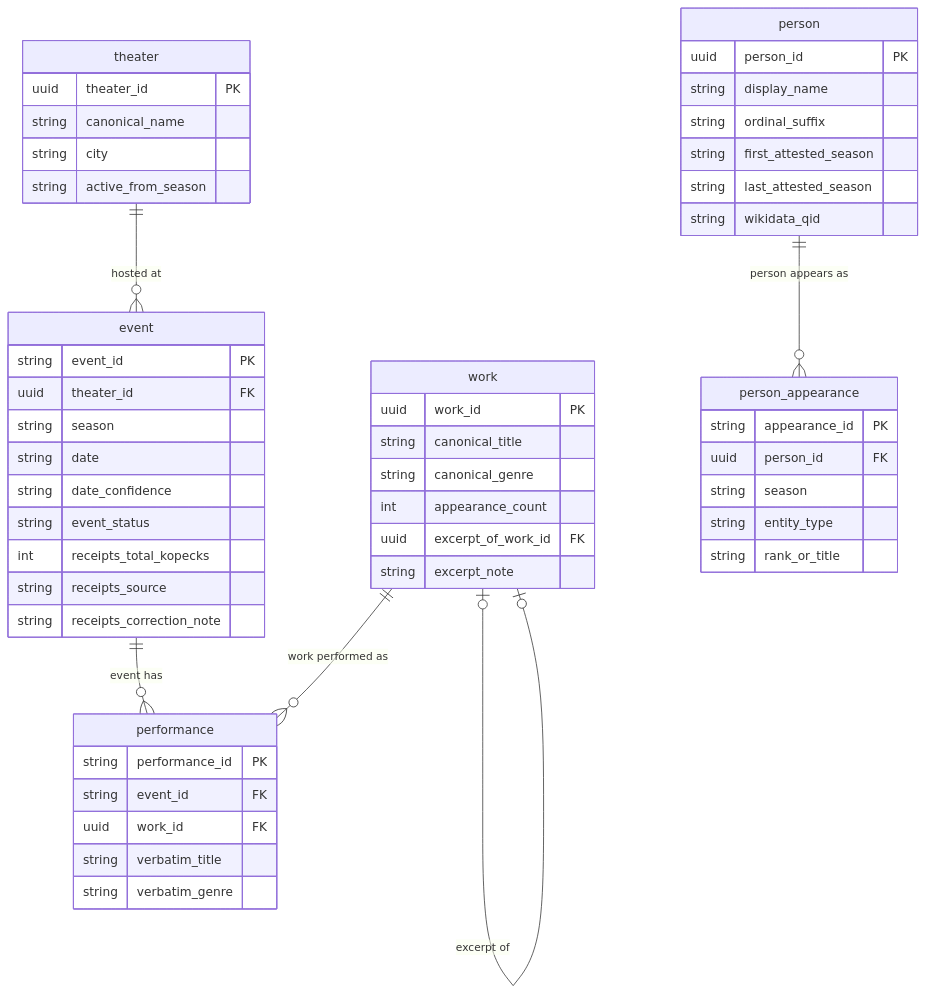
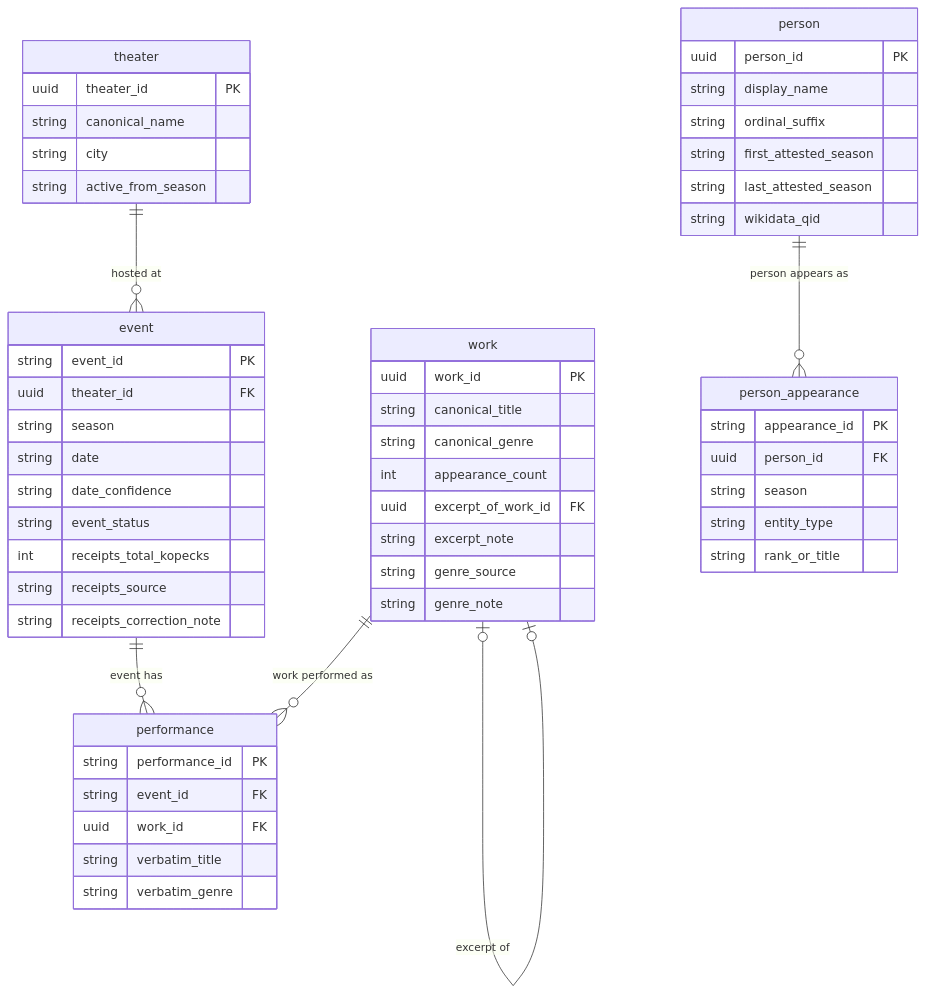
Before and after one commit to PULdischo/imperial_russia_theatre_yearbooks: the second of 2 diagrams in README.md, drawn with Mermaid. The commit also changed 6 other files, not shown here.

Commit message:
Research layer: ballet divertissements get genre 'бал.' (raw stays verbatim); genre_source/genre_note on research.work; fix Datasette schema for #109 receipts columns (issue #114)

````diff
--- a/README.md
+++ b/README.md
@@ -264,56 +264,58 @@
 ```mermaid
 erDiagram
     theater {
         uuid theater_id PK
         string canonical_name
         string city
         string active_from_season
     }
     work {
         uuid work_id PK
         string canonical_title
         string canonical_genre
         int appearance_count
         uuid excerpt_of_work_id FK
         string excerpt_note
+        string genre_source
+        string genre_note
     }
     person {
         uuid person_id PK
         string display_name
         string ordinal_suffix
         string first_attested_season
         string last_attested_season
         string wikidata_qid
     }
     event {
         string event_id PK
         uuid theater_id FK
         string season
         string date
         string date_confidence
         string event_status
         int receipts_total_kopecks
         string receipts_source
         string receipts_correction_note
     }
     performance {
         string performance_id PK
         string event_id FK
         uuid work_id FK
         string verbatim_title
         string verbatim_genre
     }
     person_appearance {
         string appearance_id PK
         uuid person_id FK
         string season
         string entity_type
         string rank_or_title
     }
 
     theater ||--o{ event : "hosted at"
     event ||--o{ performance : "event has"
     work ||--o{ performance : "work performed as"
     work |o--o| work : "excerpt of"
     person ||--o{ person_appearance : "person appears as"
 ```
````
